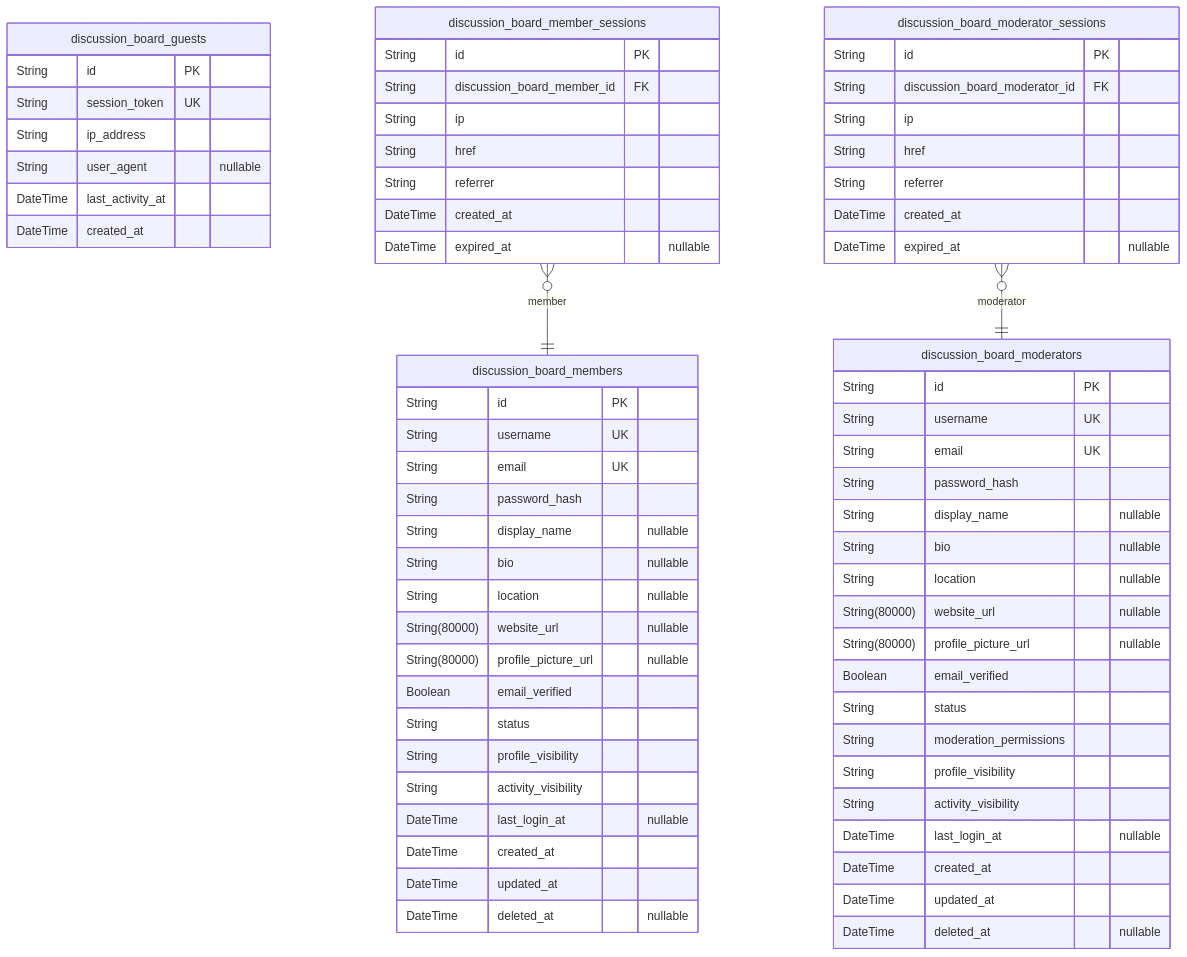
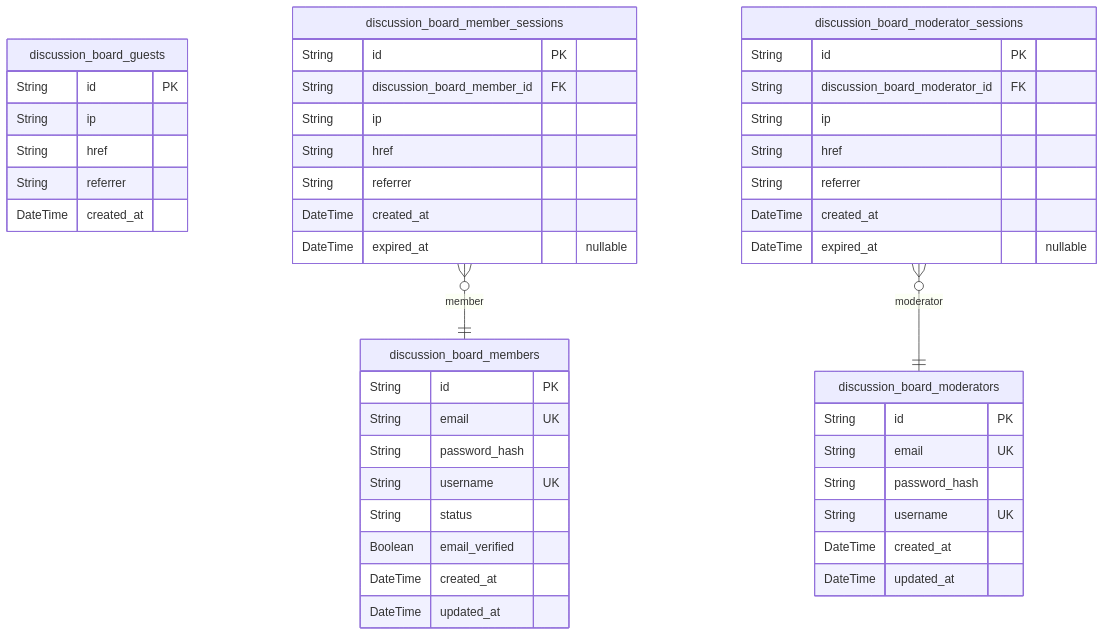
One commit to wrtnlabs/autobe-examples changed the first of 4 diagrams in anthropic/claude-sonnet-4.5/bbs/docs/ERD.md. Above: the diagram before and after it, drawn with Mermaid. The commit also changed other lines of this file and 22498 other files, not shown here.

````diff
--- a/anthropic/claude-sonnet-4.5/bbs/docs/ERD.md
+++ b/anthropic/claude-sonnet-4.5/bbs/docs/ERD.md
@@ -89,70 +12,48 @@
 ```mermaid
 erDiagram
 "discussion_board_guests" {
   String id PK
-  String session_token UK
-  String ip_address
-  String user_agent "nullable"
-  DateTime last_activity_at
+  String ip
+  String href
+  String referrer
   DateTime created_at
 }
 "discussion_board_members" {
   String id PK
-  String username UK
   String email UK
   String password_hash
-  String display_name "nullable"
-  String bio "nullable"
-  String location "nullable"
-  String(80000) website_url "nullable"
-  String(80000) profile_picture_url "nullable"
+  String username UK
+  String status
   Boolean email_verified
-  String status
-  String profile_visibility
-  String activity_visibility
-  DateTime last_login_at "nullable"
   DateTime created_at
   DateTime updated_at
-  DateTime deleted_at "nullable"
 }
 "discussion_board_member_sessions" {
   String id PK
   String discussion_board_member_id FK
   String ip
   String href
   String referrer
   DateTime created_at
   DateTime expired_at "nullable"
 }
 "discussion_board_moderators" {
   String id PK
-  String username UK
   String email UK
   String password_hash
-  String display_name "nullable"
-  String bio "nullable"
-  String location "nullable"
-  String(80000) website_url "nullable"
-  String(80000) profile_picture_url "nullable"
-  Boolean email_verified
-  String status
-  String moderation_permissions
-  String profile_visibility
-  String activity_visibility
-  DateTime last_login_at "nullable"
+  String username UK
   DateTime created_at
   DateTime updated_at
-  DateTime deleted_at "nullable"
 }
 "discussion_board_moderator_sessions" {
   String id PK
   String discussion_board_moderator_id FK
   String ip
   String href
   String referrer
   DateTime created_at
   DateTime expired_at "nullable"
 }
 "discussion_board_member_sessions" }o--|| "discussion_board_members" : member
 "discussion_board_moderator_sessions" }o--|| "discussion_board_moderators" : moderator
 ```
````
